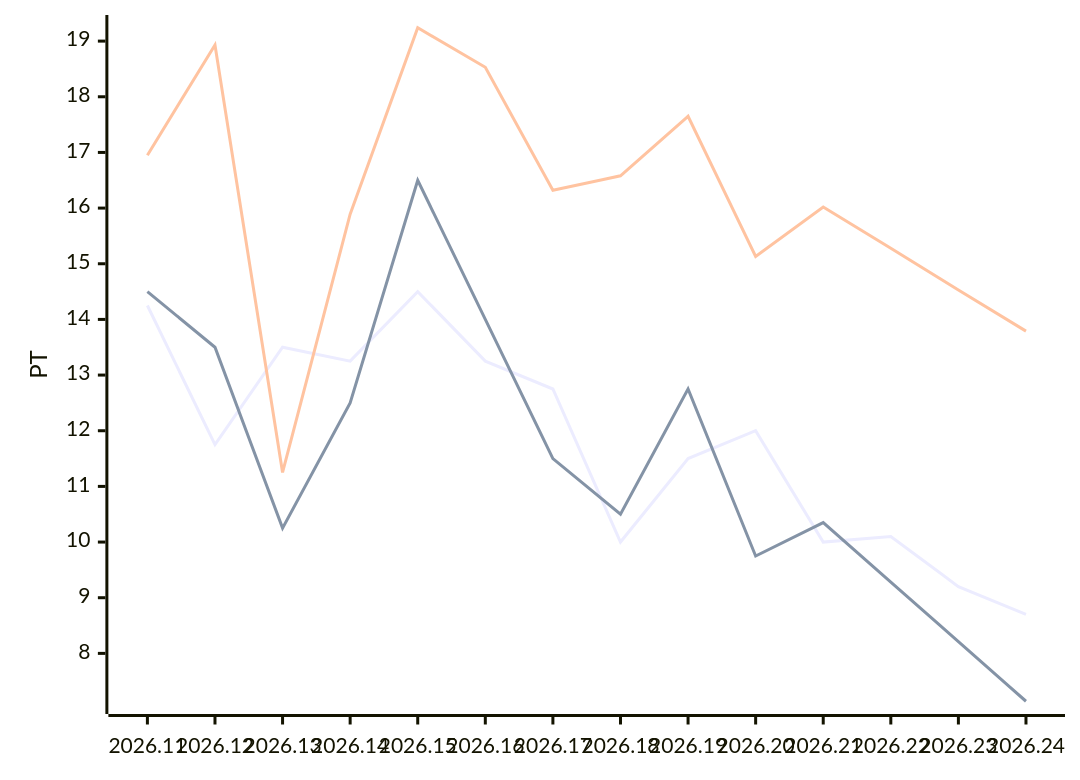
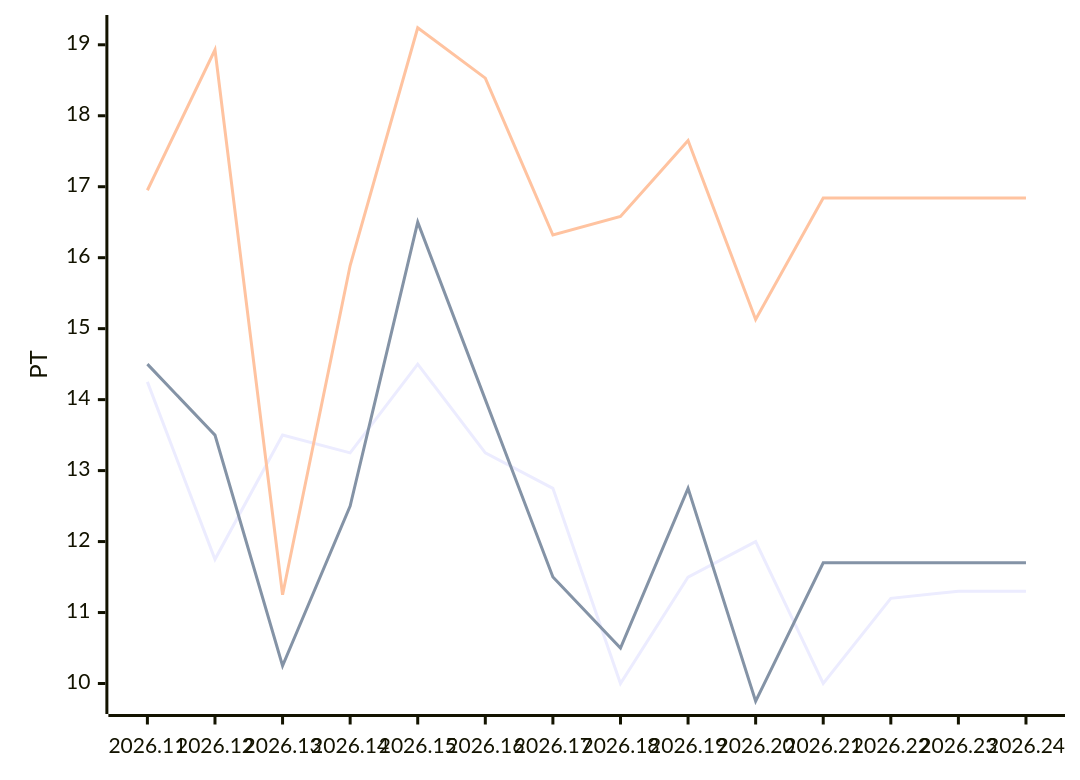
Before and after one commit to swallat/foresprint: the diagram in examples/teams/demo/FORECAST.md, drawn with Mermaid. The commit also changed other lines of this file and 8 other files, not shown here.

````diff
--- a/examples/teams/demo/FORECAST.md
+++ b/examples/teams/demo/FORECAST.md
@@ -39,8 +37,8 @@
 ```mermaid
 xychart-beta
     x-axis ["2026.11", "2026.12", "2026.13", "2026.14", "2026.15", "2026.16", "2026.17", "2026.18", "2026.19", "2026.20", "2026.21", "2026.22", "2026.23", "2026.24"]
     y-axis "PT"
-    line [14.25, 11.75, 13.50, 13.25, 14.50, 13.25, 12.75, 10.00, 11.50, 12.00, 10.00, 10.10, 9.20, 8.70]
-    line [14.50, 13.50, 10.25, 12.50, 16.50, 14.00, 11.50, 10.50, 12.75, 9.75, 10.35, 9.28, 8.21, 7.14]
-    line [16.95, 18.93, 11.25, 15.89, 19.24, 18.53, 16.32, 16.58, 17.65, 15.13, 16.02, 15.28, 14.53, 13.79]
+    line [14.25, 11.75, 13.50, 13.25, 14.50, 13.25, 12.75, 10.00, 11.50, 12.00, 10.00, 11.20, 11.30, 11.30]
+    line [14.50, 13.50, 10.25, 12.50, 16.50, 14.00, 11.50, 10.50, 12.75, 9.75, 11.70, 11.70, 11.70, 11.70]
+    line [16.95, 18.93, 11.25, 15.89, 19.24, 18.53, 16.32, 16.58, 17.65, 15.13, 16.84, 16.84, 16.84, 16.84]
 ```
````
